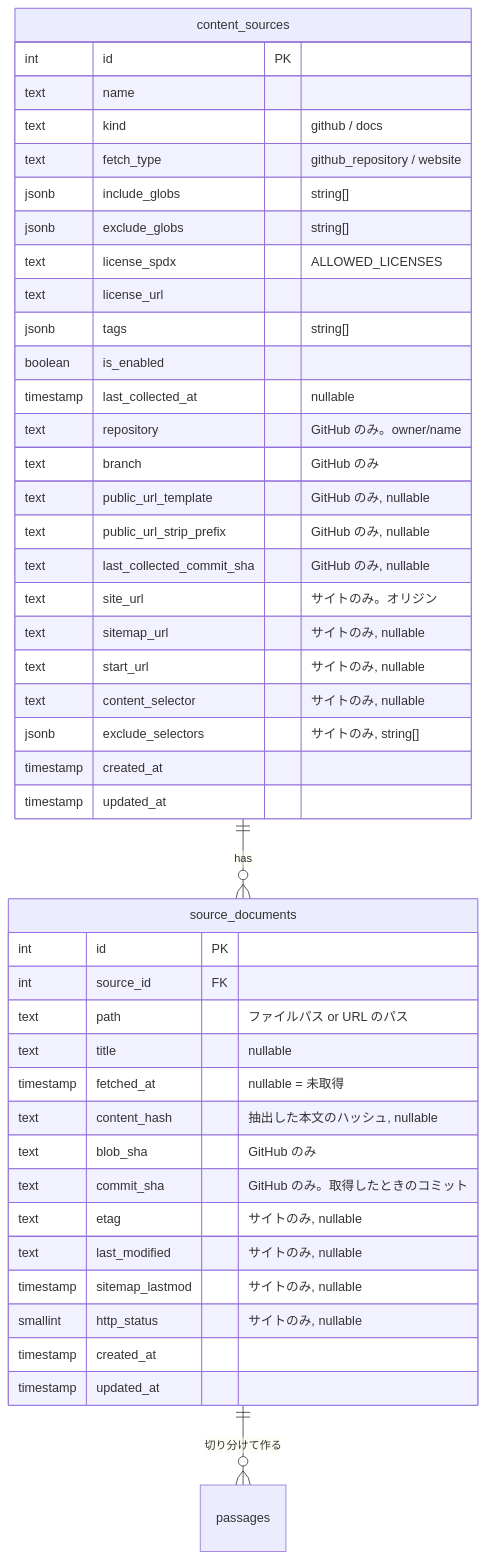
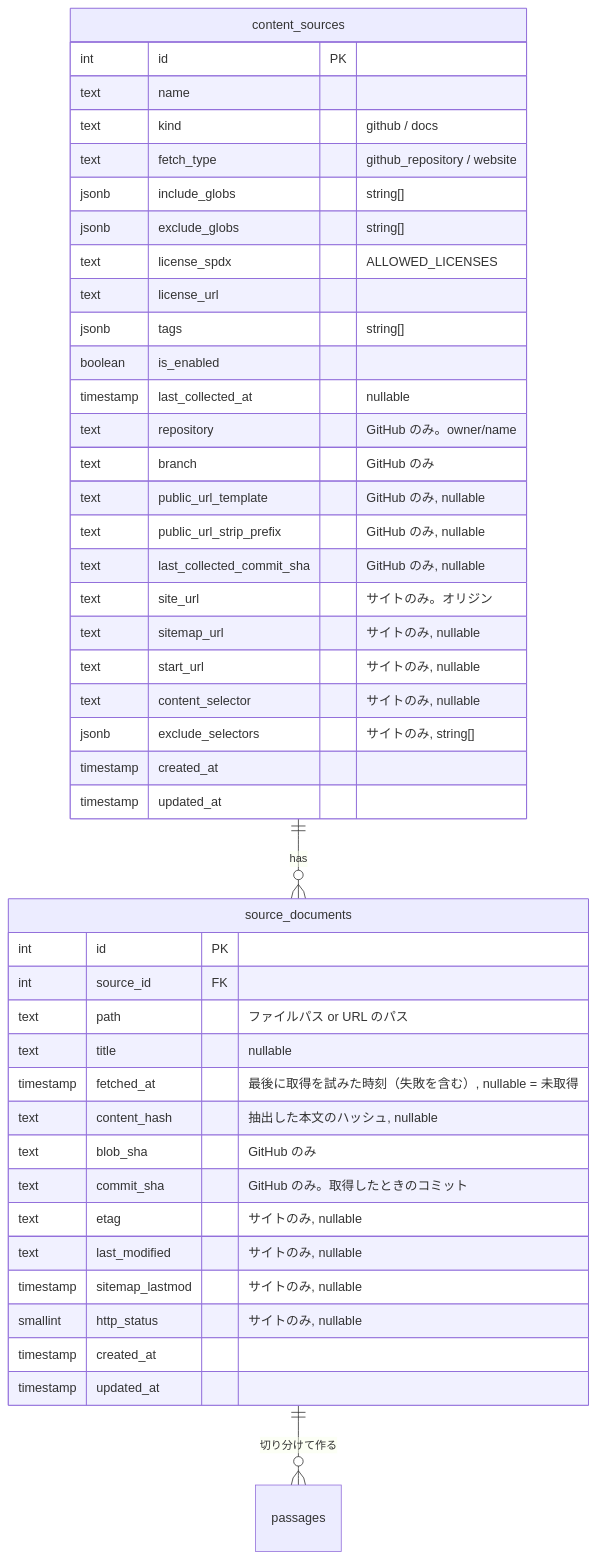
Before and after one commit to kentakki416/tech-english: the second of 3 diagrams in docs/spec/content-collection/README.md, drawn with Mermaid. The commit also changed other lines of this file and 40 other files, not shown here.

````diff
--- a/docs/spec/content-collection/README.md
+++ b/docs/spec/content-collection/README.md
@@ -470,46 +479,46 @@
 ```mermaid
 erDiagram
     content_sources ||--o{ source_documents : has
     source_documents ||--o{ passages : "切り分けて作る"
     content_sources {
         int id PK
         text name
         text kind "github / docs"
         text fetch_type "github_repository / website"
         jsonb include_globs "string[]"
         jsonb exclude_globs "string[]"
         text license_spdx "ALLOWED_LICENSES"
         text license_url
         jsonb tags "string[]"
         boolean is_enabled
         timestamp last_collected_at "nullable"
         text repository "GitHub のみ。owner/name"
         text branch "GitHub のみ"
         text public_url_template "GitHub のみ, nullable"
         text public_url_strip_prefix "GitHub のみ, nullable"
         text last_collected_commit_sha "GitHub のみ, nullable"
         text site_url "サイトのみ。オリジン"
         text sitemap_url "サイトのみ, nullable"
         text start_url "サイトのみ, nullable"
         text content_selector "サイトのみ, nullable"
         jsonb exclude_selectors "サイトのみ, string[]"
         timestamp created_at
         timestamp updated_at
     }
     source_documents {
         int id PK
         int source_id FK
         text path "ファイルパス or URL のパス"
         text title "nullable"
-        timestamp fetched_at "nullable = 未取得"
+        timestamp fetched_at "最後に取得を試みた時刻（失敗を含む）, nullable = 未取得"
         text content_hash "抽出した本文のハッシュ, nullable"
         text blob_sha "GitHub のみ"
         text commit_sha "GitHub のみ。取得したときのコミット"
         text etag "サイトのみ, nullable"
         text last_modified "サイトのみ, nullable"
         timestamp sitemap_lastmod "サイトのみ, nullable"
         smallint http_status "サイトのみ, nullable"
         timestamp created_at
         timestamp updated_at
     }
 ```
````
